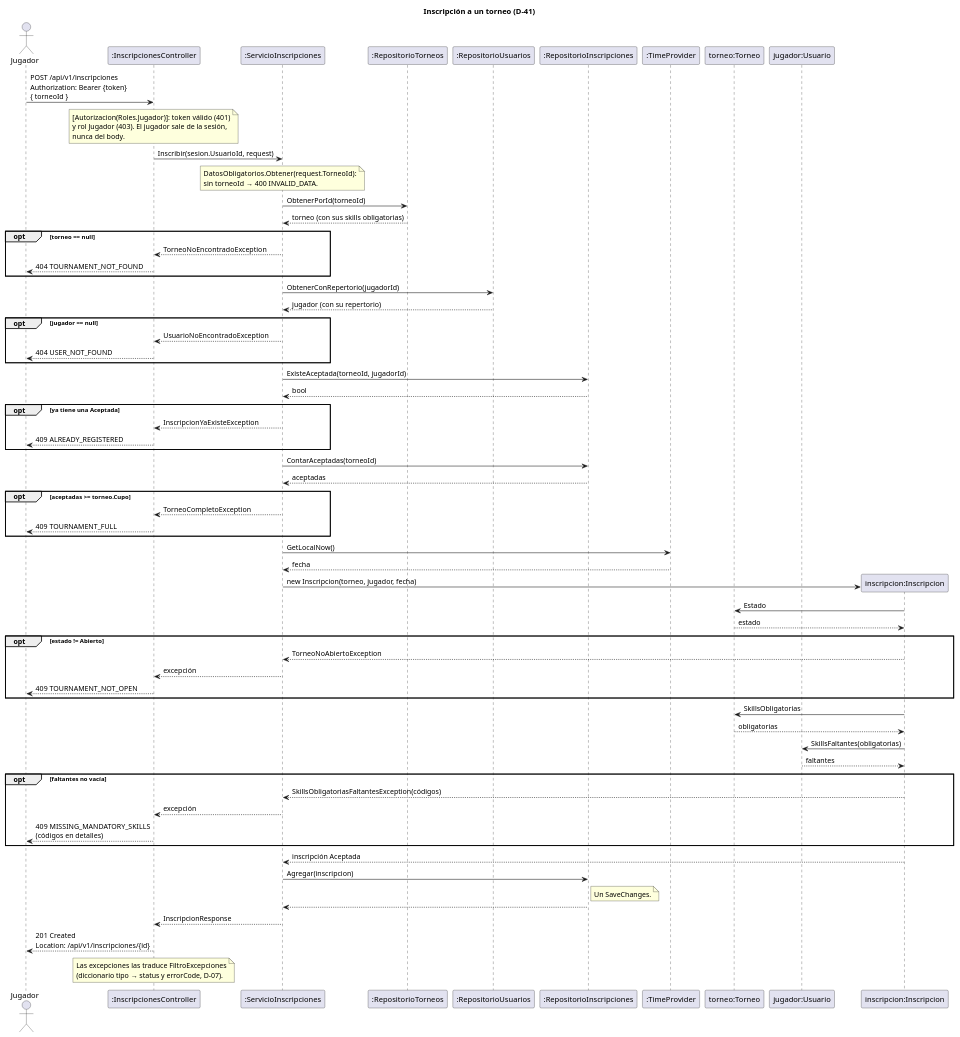
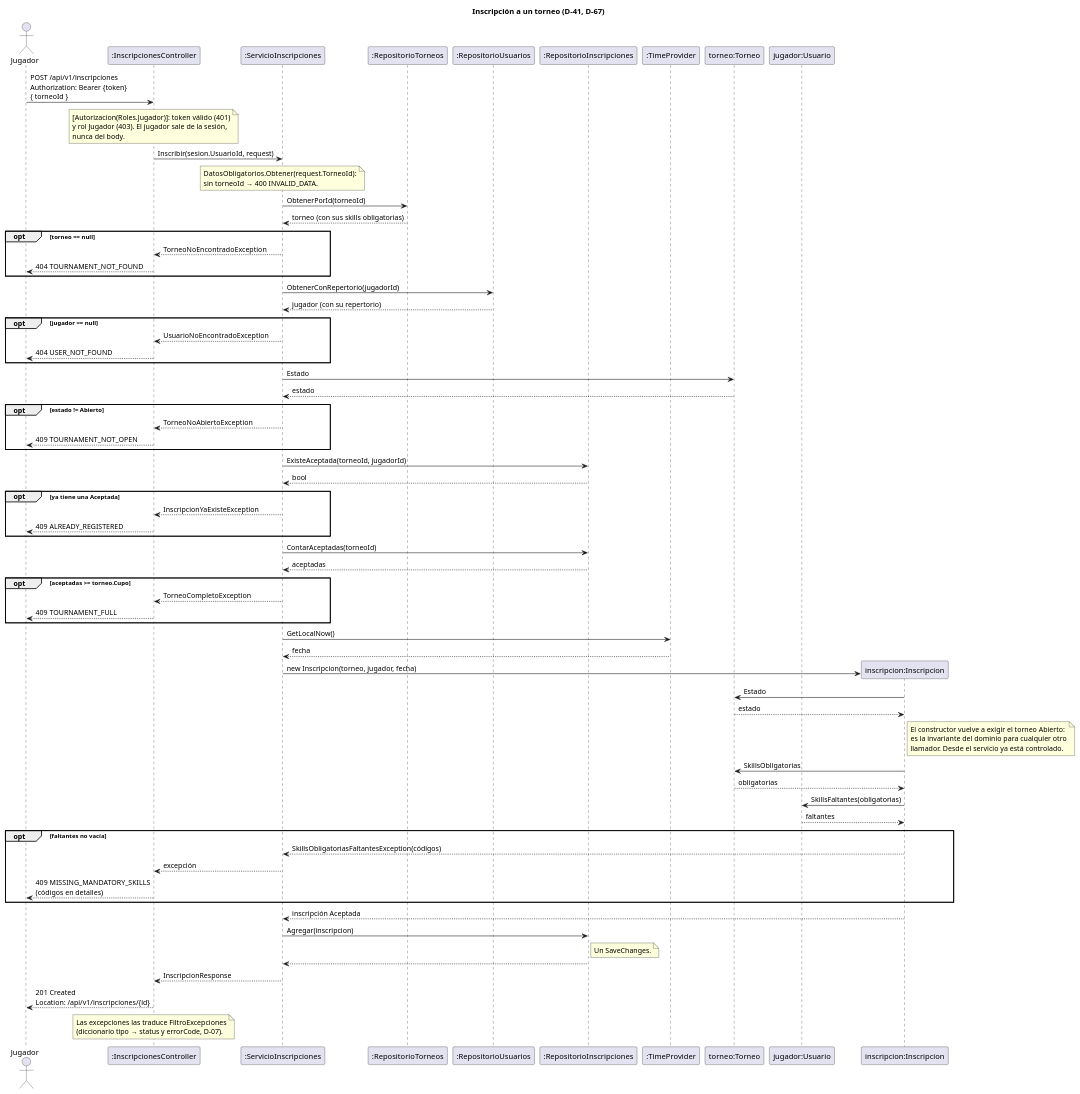
Before and after one commit to Seba0512/FarmeORT: the diagram in docs/uml/inscripcion.puml, drawn with PlantUML. The commit also changed 1 other file, not shown here.

Commit message:
docs (docs/): registra D-67 y D-68, actualiza la secuencia de la inscripción y las decisiones afectadas

```diff
--- a/docs/uml/inscripcion.puml
+++ b/docs/uml/inscripcion.puml
@@ -1,78 +1,84 @@
 @startuml
-title Inscripción a un torneo (D-41)
+title Inscripción a un torneo (D-41, D-67)
 actor Jugador
 participant ":InscripcionesController" as C
 participant ":ServicioInscripciones" as S
 participant ":RepositorioTorneos" as RT
 participant ":RepositorioUsuarios" as RU
 participant ":RepositorioInscripciones" as RI
 participant ":TimeProvider" as T
 participant "torneo:Torneo" as To
 participant "jugador:Usuario" as U
 
 Jugador -> C : POST /api/v1/inscripciones\nAuthorization: Bearer {token}\n{ torneoId }
 note over C
   [Autorizacion(Roles.Jugador)]: token válido (401)
   y rol Jugador (403). El jugador sale de la sesión,
   nunca del body.
 end note
 C -> S : Inscribir(sesion.UsuarioId, request)
 note over S
   DatosObligatorios.Obtener(request.TorneoId):
   sin torneoId → 400 INVALID_DATA.
 end note
 S -> RT : ObtenerPorId(torneoId)
 RT --> S : torneo (con sus skills obligatorias)
 opt torneo == null
   S --> C : TorneoNoEncontradoException
   C --> Jugador : 404 TOURNAMENT_NOT_FOUND
 end
 S -> RU : ObtenerConRepertorio(jugadorId)
 RU --> S : jugador (con su repertorio)
 opt jugador == null
   S --> C : UsuarioNoEncontradoException
   C --> Jugador : 404 USER_NOT_FOUND
 end
+S -> To : Estado
+To --> S : estado
+opt estado != Abierto
+  S --> C : TorneoNoAbiertoException
+  C --> Jugador : 409 TOURNAMENT_NOT_OPEN
+end
 S -> RI : ExisteAceptada(torneoId, jugadorId)
 RI --> S : bool
 opt ya tiene una Aceptada
   S --> C : InscripcionYaExisteException
   C --> Jugador : 409 ALREADY_REGISTERED
 end
 S -> RI : ContarAceptadas(torneoId)
 RI --> S : aceptadas
 opt aceptadas >= torneo.Cupo
   S --> C : TorneoCompletoException
   C --> Jugador : 409 TOURNAMENT_FULL
 end
 S -> T : GetLocalNow()
 T --> S : fecha
 create participant "inscripcion:Inscripcion" as I
 S -> I : new Inscripcion(torneo, jugador, fecha)
 I -> To : Estado
 To --> I : estado
-opt estado != Abierto
-  I --> S : TorneoNoAbiertoException
-  S --> C : excepción
-  C --> Jugador : 409 TOURNAMENT_NOT_OPEN
-end
+note right of I
+  El constructor vuelve a exigir el torneo Abierto:
+  es la invariante del dominio para cualquier otro
+  llamador. Desde el servicio ya está controlado.
+end note
 I -> To : SkillsObligatorias
 To --> I : obligatorias
 I -> U : SkillsFaltantes(obligatorias)
 U --> I : faltantes
 opt faltantes no vacía
   I --> S : SkillsObligatoriasFaltantesException(códigos)
   S --> C : excepción
   C --> Jugador : 409 MISSING_MANDATORY_SKILLS\n(códigos en detalles)
 end
 I --> S : inscripción Aceptada
 S -> RI : Agregar(inscripcion)
 note right of RI : Un SaveChanges.
 RI --> S
 S --> C : InscripcionResponse
 C --> Jugador : 201 Created\nLocation: /api/v1/inscripciones/{id}
 note over C
   Las excepciones las traduce FiltroExcepciones
   (diccionario tipo → status y errorCode, D-07).
 end note
 @enduml
```
